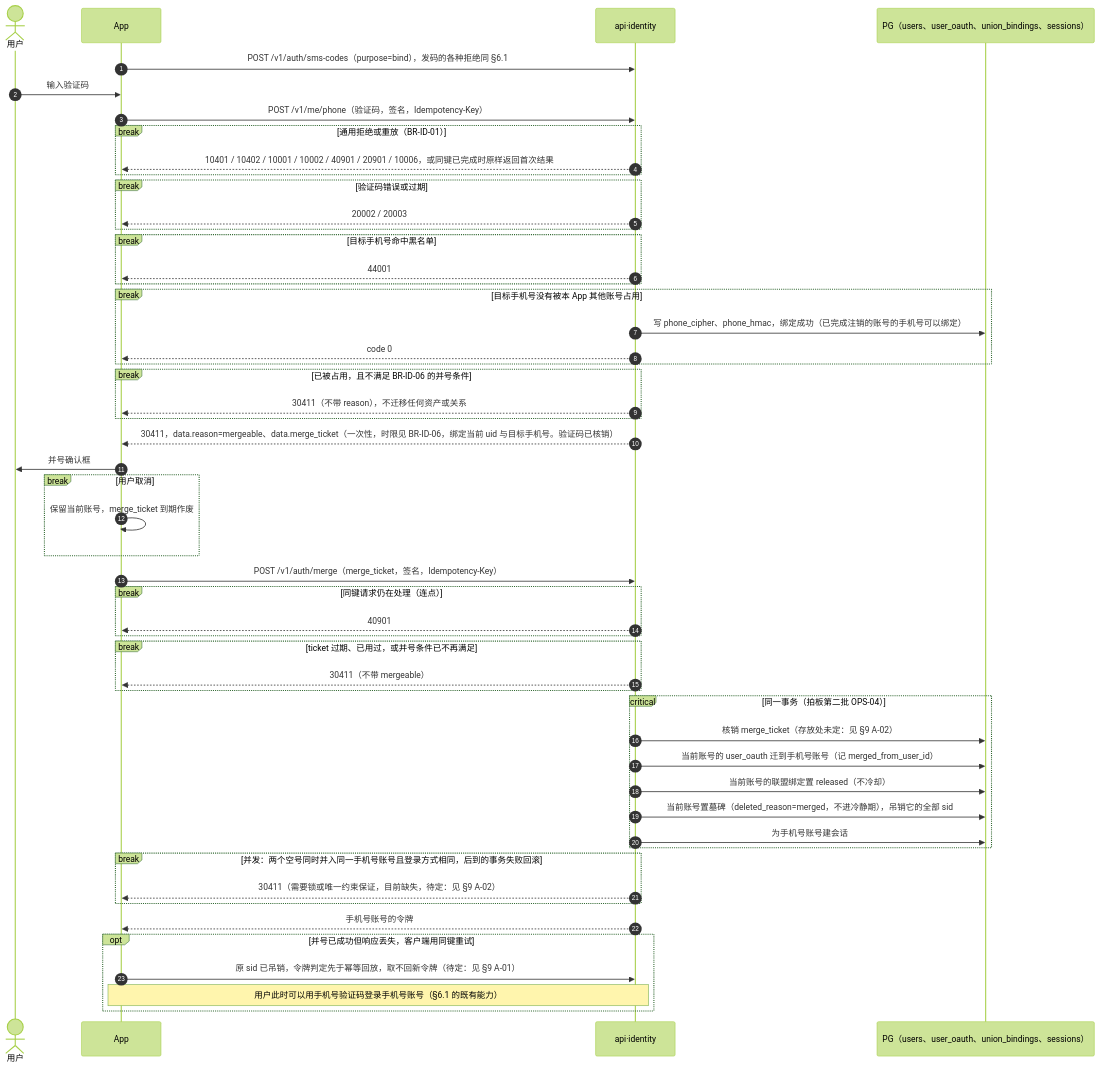
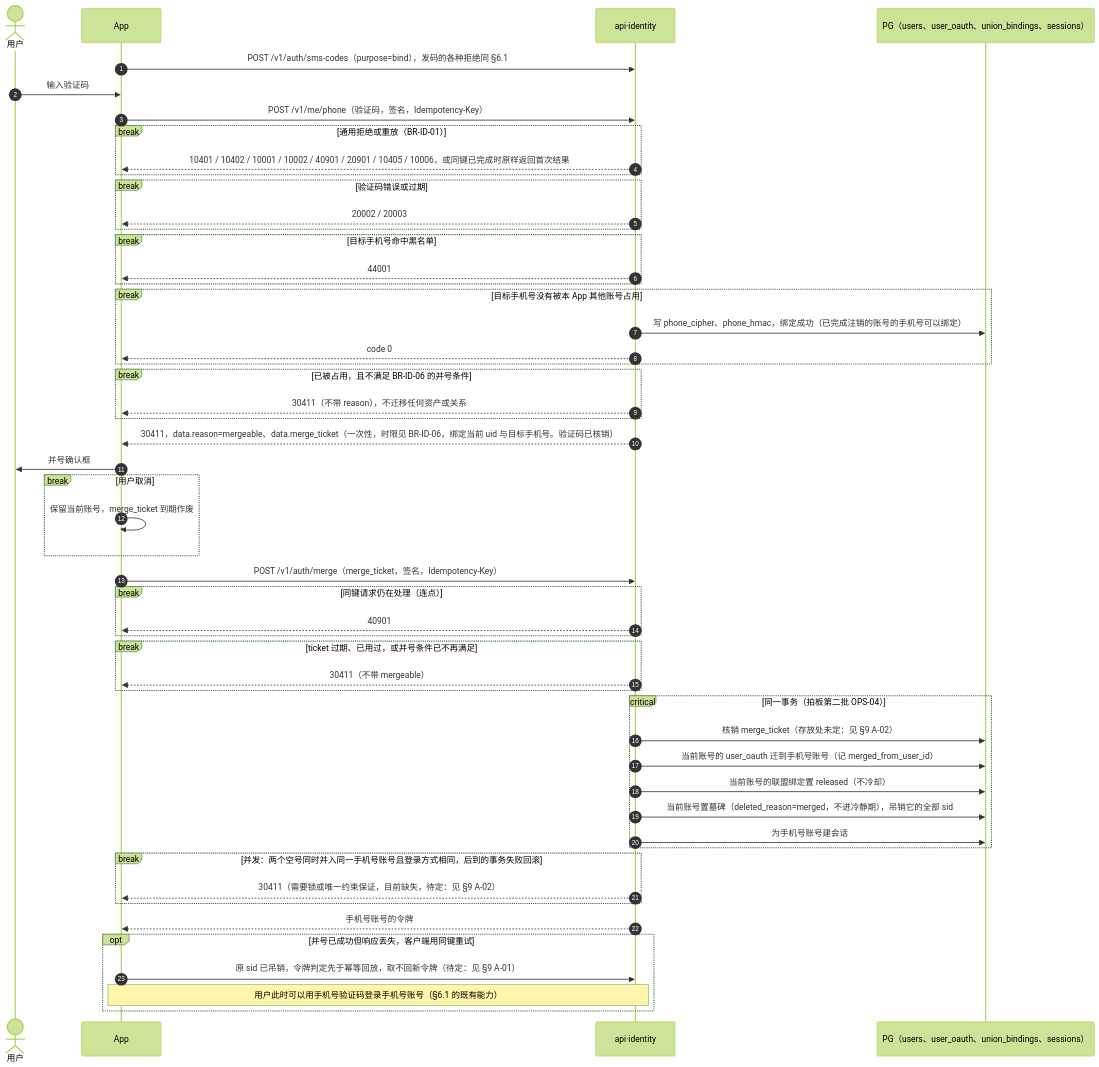
Before and after one commit to zora4523-bot/couli: diagram 40 of 50 in 规划/12_关键流程与状态图.md, drawn with Mermaid (forest theme). The commit also changed other lines of this file, not shown here.

````diff
--- a/规划/12_关键流程与状态图.md
+++ b/规划/12_关键流程与状态图.md
@@ -2732,55 +2740,55 @@
 ```mermaid
 sequenceDiagram
   autonumber
   actor U as 用户
   participant C as App
   participant I as api·identity
   participant DB as PG（users、user_oauth、union_bindings、sessions）
 
   C->>I: POST /v1/auth/sms-codes（purpose=bind），发码的各种拒绝同 §6.1
   U->>C: 输入验证码
   C->>I: POST /v1/me/phone（验证码，签名，Idempotency-Key）
   break 通用拒绝或重放（BR-ID-01）
-    I-->>C: 10401 / 10402 / 10001 / 10002 / 40901 / 20901 / 10006，或同键已完成时原样返回首次结果
+    I-->>C: 10401 / 10402 / 10001 / 10002 / 40901 / 20901 / 10405 / 10006，或同键已完成时原样返回首次结果
   end
   break 验证码错误或过期
     I-->>C: 20002 / 20003
   end
   break 目标手机号命中黑名单
     I-->>C: 44001
   end
   break 目标手机号没有被本 App 其他账号占用
     I->>DB: 写 phone_cipher、phone_hmac，绑定成功（已完成注销的账号的手机号可以绑定）
     I-->>C: code 0
   end
   break 已被占用，且不满足 BR-ID-06 的并号条件
     I-->>C: 30411（不带 reason），不迁移任何资产或关系
   end
   I-->>C: 30411，data.reason=mergeable、data.merge_ticket（一次性，时限见 BR-ID-06，绑定当前 uid 与目标手机号。验证码已核销）
   C->>U: 并号确认框
   break 用户取消
     C->>C: 保留当前账号，merge_ticket 到期作废
   end
   C->>I: POST /v1/auth/merge（merge_ticket，签名，Idempotency-Key）
   break 同键请求仍在处理（连点）
     I-->>C: 40901
   end
   break ticket 过期、已用过，或并号条件已不再满足
     I-->>C: 30411（不带 mergeable）
   end
   critical 同一事务（拍板第二批 OPS-04）
     I->>DB: 核销 merge_ticket（存放处未定：见 §9 A-02）
     I->>DB: 当前账号的 user_oauth 迁到手机号账号（记 merged_from_user_id）
     I->>DB: 当前账号的联盟绑定置 released（不冷却）
     I->>DB: 当前账号置墓碑（deleted_reason=merged，不进冷静期），吊销它的全部 sid
     I->>DB: 为手机号账号建会话
   end
   break 并发：两个空号同时并入同一手机号账号且登录方式相同，后到的事务失败回滚
     I-->>C: 30411（需要锁或唯一约束保证，目前缺失，待定：见 §9 A-02）
   end
   I-->>C: 手机号账号的令牌
   opt 并号已成功但响应丢失，客户端用同键重试
     C->>I: 原 sid 已吊销，令牌判定先于幂等回放，取不回新令牌（待定：见 §9 A-01）
     Note over C,I: 用户此时可以用手机号验证码登录手机号账号（§6.1 的既有能力）
   end
 ```
````
